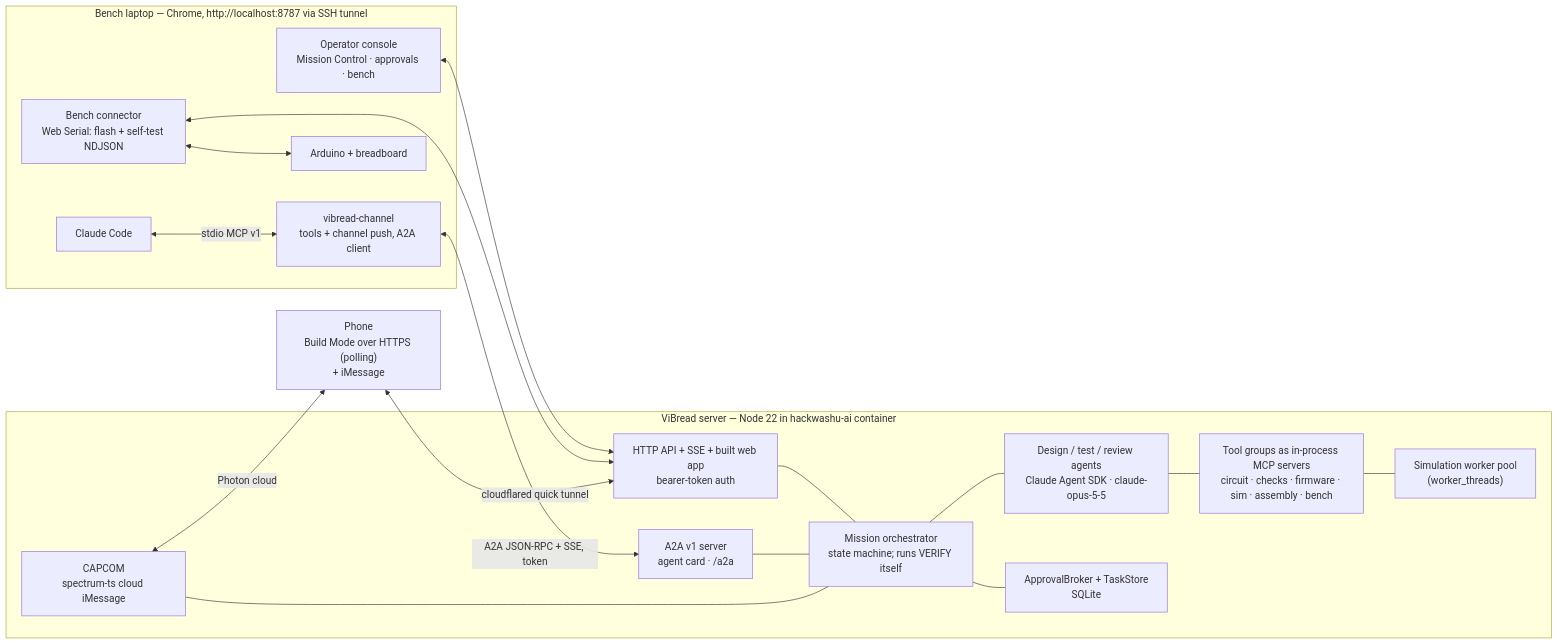
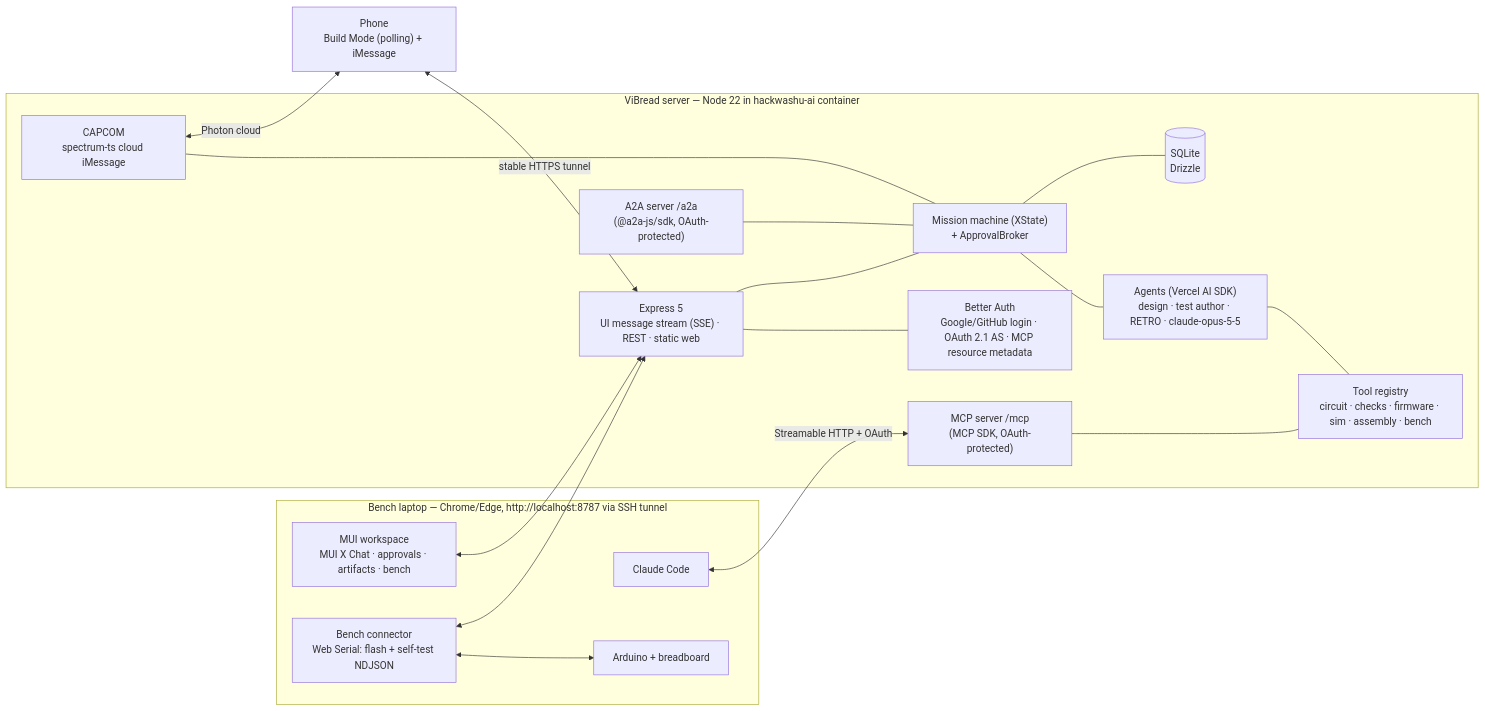
The diagram in PLAN.md (BarryTheShen/ViBread), drawn with Mermaid before and after one commit. The commit also changed other lines of this file, not shown here.

Commit message:
Rework plan: library-first stack, MUI UI, AI SDK harness, Better Auth OAuth

````diff
--- a/PLAN.md
+++ b/PLAN.md
@@ -131,30 +129,33 @@
 ```mermaid
 flowchart LR
-  subgraph Laptop["Bench laptop — Chrome, http://localhost:8787 via SSH tunnel"]
-    WEB["Operator console<br/>Mission Control · approvals · bench"]
+  subgraph Laptop["Bench laptop — Chrome/Edge, http://localhost:8787 via SSH tunnel"]
+    WEB["MUI workspace<br/>MUI X Chat · approvals · artifacts · bench"]
     BENCH["Bench connector<br/>Web Serial: flash + self-test NDJSON"]
-    CC["Claude Code"] <-->|stdio MCP v1| CH["vibread-channel<br/>tools + channel push, A2A client"]
+    CC["Claude Code"]
     USB["Arduino + breadboard"]
   end
-  PHONE["Phone<br/>Build Mode over HTTPS (polling)<br/>+ iMessage"]
+  PHONE["Phone<br/>Build Mode (polling) + iMessage"]
   subgraph Server["ViBread server — Node 22 in hackwashu-ai container"]
-    API["HTTP API + SSE + built web app<br/>bearer-token auth"]
-    ORCH["Mission orchestrator<br/>state machine; runs VERIFY itself"]
-    AG["Design / test / review agents<br/>Claude Agent SDK · claude-opus-5-5"]
-    TOOLS["Tool groups as in-process MCP servers<br/>circuit · checks · firmware · sim · assembly · bench"]
-    SIMW["Simulation worker pool<br/>(worker_threads)"]
-    BRK["ApprovalBroker + TaskStore<br/>SQLite"]
-    A2A["A2A v1 server<br/>agent card · /a2a"]
+    API["Express 5<br/>UI message stream (SSE) · REST · static web"]
+    AUTH["Better Auth<br/>Google/GitHub login · OAuth 2.1 AS · MCP resource metadata"]
+    ORCH["Mission machine (XState)<br/>+ ApprovalBroker"]
+    AG["Agents (Vercel AI SDK)<br/>design · test author · RETRO · claude-opus-5-5"]
+    TOOLS["Tool registry<br/>circuit · checks · firmware · sim · assembly · bench"]
+    MCP["MCP server /mcp<br/>(MCP SDK, OAuth-protected)"]
+    A2A["A2A server /a2a<br/>(@a2a-js/sdk, OAuth-protected)"]
     CAP["CAPCOM<br/>spectrum-ts cloud iMessage"]
+    DB[("SQLite<br/>Drizzle")]
   end
   WEB <--> API
   BENCH <--> USB
   BENCH <--> API
-  CH <-->|A2A JSON-RPC + SSE, token| A2A
-  PHONE <-->|cloudflared quick tunnel| API
-  API --- ORCH --- AG --- TOOLS --- SIMW
-  ORCH --- BRK
+  CC <-->|Streamable HTTP + OAuth| MCP
+  PHONE <-->|stable HTTPS tunnel| API
+  API --- AUTH
+  API --- ORCH --- AG --- TOOLS
+  MCP --- TOOLS
   A2A --- ORCH
   CAP --- ORCH
+  ORCH --- DB
   CAP <-->|Photon cloud| PHONE
 ```
````
